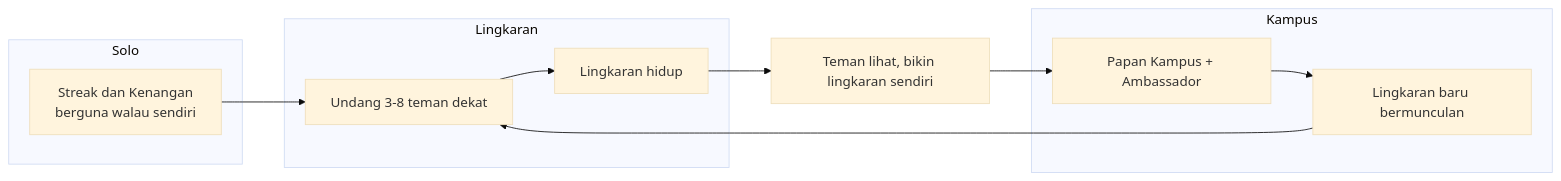
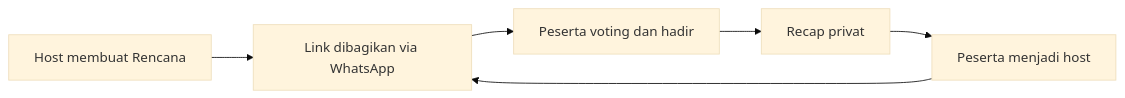
Before and after one commit to itsmhp/SocialMedia: the first of 2 diagrams in concept/03-growth-metrik-roadmap.md, drawn with Mermaid (base theme). The commit also changed other lines of this file and 10 other files, not shown here.

````diff
--- a/concept/03-growth-metrik-roadmap.md
+++ b/concept/03-growth-metrik-roadmap.md
@@ -11,16 +13,8 @@
 ```mermaid
 flowchart LR
-    subgraph Solo
-    A[Streak dan Kenangan<br/>berguna walau sendiri]
-    end
-    subgraph Lingkaran
-    B[Undang 3-8 teman dekat] --> C[Lingkaran hidup]
-    end
-    subgraph Kampus
-    D[Papan Kampus + Ambassador] --> E[Lingkaran baru bermunculan]
-    end
-    A --> B
-    C --> F[Teman lihat, bikin lingkaran sendiri]
-    F --> D
+    A[Host membuat Rencana] --> B[Link dibagikan via WhatsApp]
+    B --> C[Peserta voting dan hadir]
+    C --> D[Recap privat]
+    D --> E[Peserta menjadi host]
     E --> B
 ```
````
